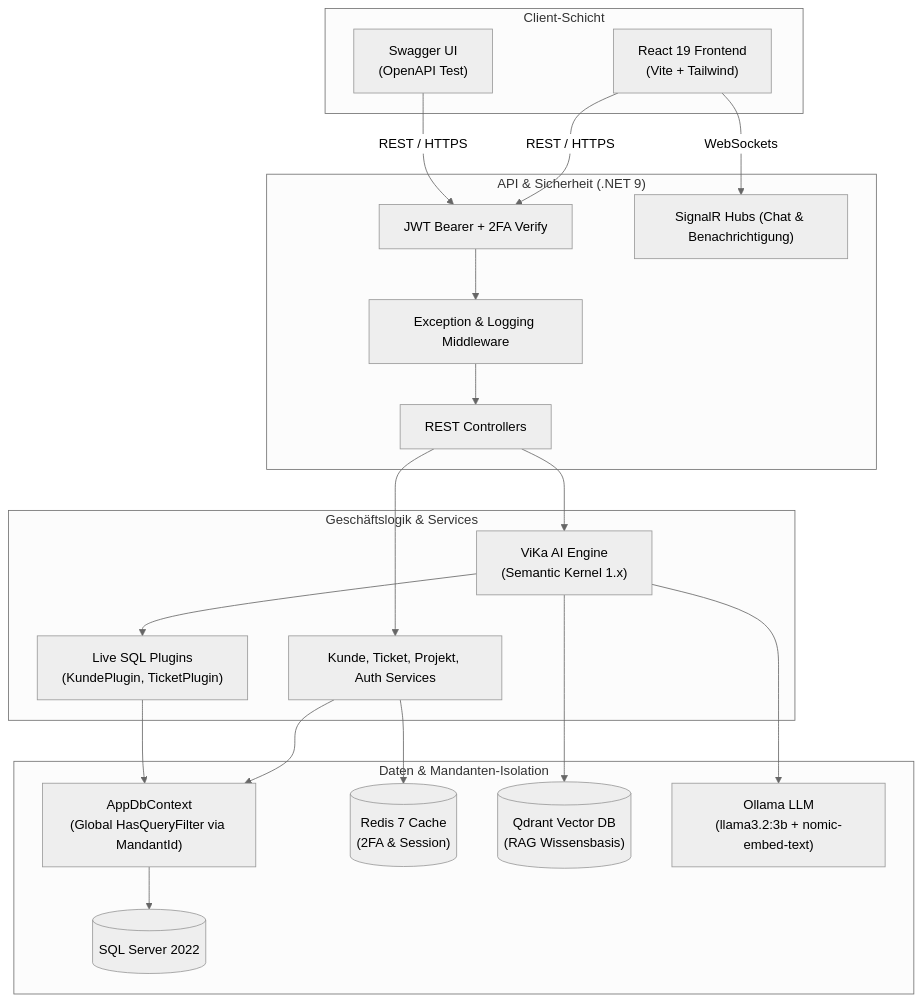
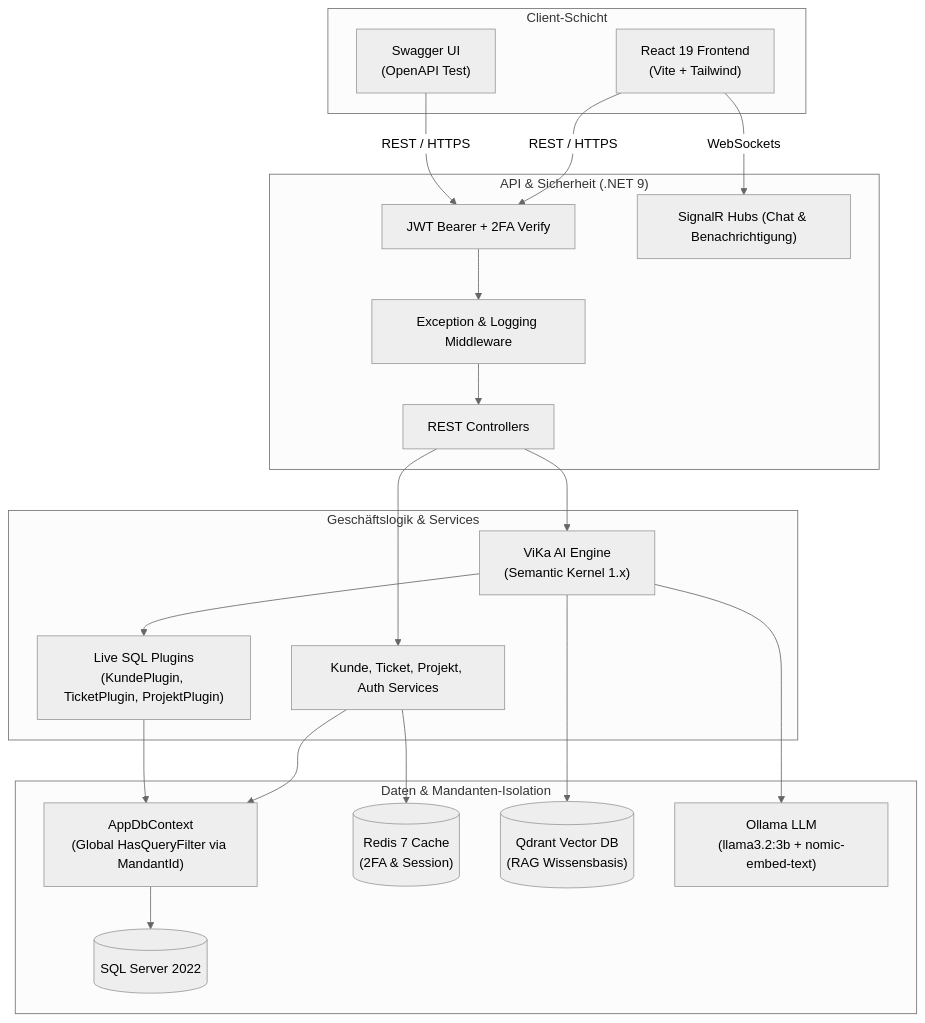
One commit to Goekss/Vista.Core changed the second of 3 diagrams in README.md. Above: the diagram before and after it, drawn with Mermaid (neutral theme). The commit also changed other lines of this file, not shown here.

````diff
--- a/README.md
+++ b/README.md
@@ -34,42 +223,42 @@
 ```mermaid
 flowchart TD
     subgraph ClientLayer["Client-Schicht"]
         FE["React 19 Frontend<br/>(Vite + Tailwind)"]
         SWAGGER["Swagger UI<br/>(OpenAPI Test)"]
     end
 
     subgraph ApiGateway["API & Sicherheit (.NET 9)"]
         AUTH["JWT Bearer + 2FA Verify"]
         MW["Exception & Logging Middleware"]
         HUB["SignalR Hubs (Chat & Benachrichtigung)"]
         CTRL["REST Controllers"]
     end
 
     subgraph CoreLayer["Geschäftslogik & Services"]
         SERVICES["Kunde, Ticket, Projekt, Auth Services"]
         VIKA["ViKa AI Engine<br/>(Semantic Kernel 1.x)"]
-        PLUGINS["Live SQL Plugins<br/>(KundePlugin, TicketPlugin)"]
+        PLUGINS["Live SQL Plugins<br/>(KundePlugin, TicketPlugin, ProjektPlugin)"]
     end
 
     subgraph DataLayer["Daten & Mandanten-Isolation"]
         EF["AppDbContext<br/>(Global HasQueryFilter via MandantId)"]
         MSSQL[("SQL Server 2022")]
         REDIS[("Redis 7 Cache<br/>(2FA & Session)")]
         QDRANT[("Qdrant Vector DB<br/>(RAG Wissensbasis)")]
         OLLAMA["Ollama LLM<br/>(llama3.2:3b + nomic-embed-text)"]
     end
 
     FE -->|REST / HTTPS| AUTH
     SWAGGER -->|REST / HTTPS| AUTH
     AUTH --> MW --> CTRL
     FE -->|WebSockets| HUB
     CTRL --> SERVICES
     CTRL --> VIKA
     VIKA --> PLUGINS
     SERVICES --> EF
     PLUGINS --> EF
     EF --> MSSQL
     SERVICES --> REDIS
     VIKA --> QDRANT
     VIKA --> OLLAMA
 ```
````
